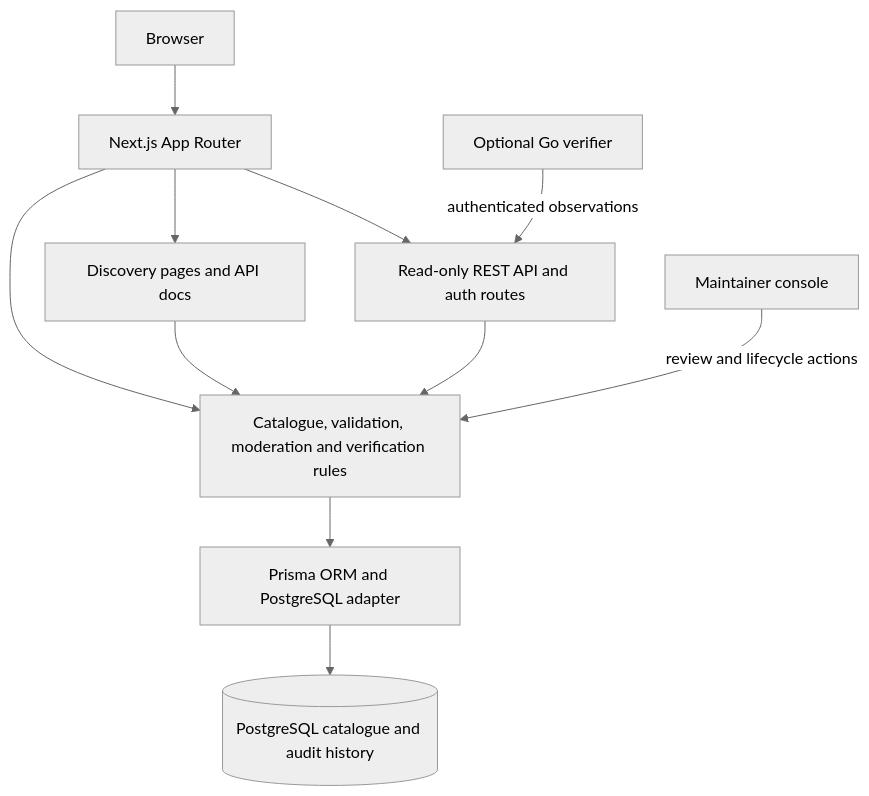
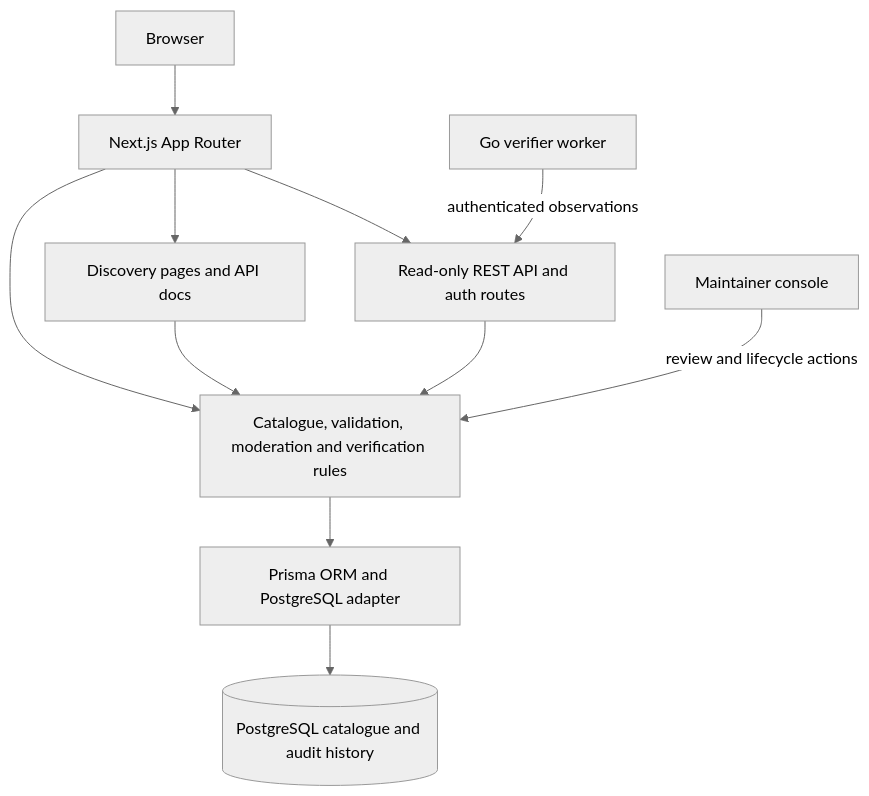
Before and after one commit to yyyuvvvraj/APIVault: the diagram in README.md, drawn with Mermaid (neutral theme). The commit also changed other lines of this file and 9 other files, not shown here.

````diff
--- a/README.md
+++ b/README.md
@@ -45,13 +46,13 @@
 ```mermaid
 flowchart TD
   Browser[Browser] --> Next[Next.js App Router]
   Next --> Pages[Discovery pages and API docs]
   Next --> Handlers[Read-only REST API and auth routes]
   Next --> Domain[Catalogue, validation, moderation and verification rules]
   Pages --> Domain
   Handlers --> Domain
   Domain --> Prisma[Prisma ORM and PostgreSQL adapter]
   Prisma --> DB[(PostgreSQL catalogue and audit history)]
-  Verifier[Optional Go verifier] -->|authenticated observations| Handlers
+  Verifier[Go verifier worker] -->|authenticated observations| Handlers
   Admin[Maintainer console] -->|review and lifecycle actions| Domain
 ```
````
